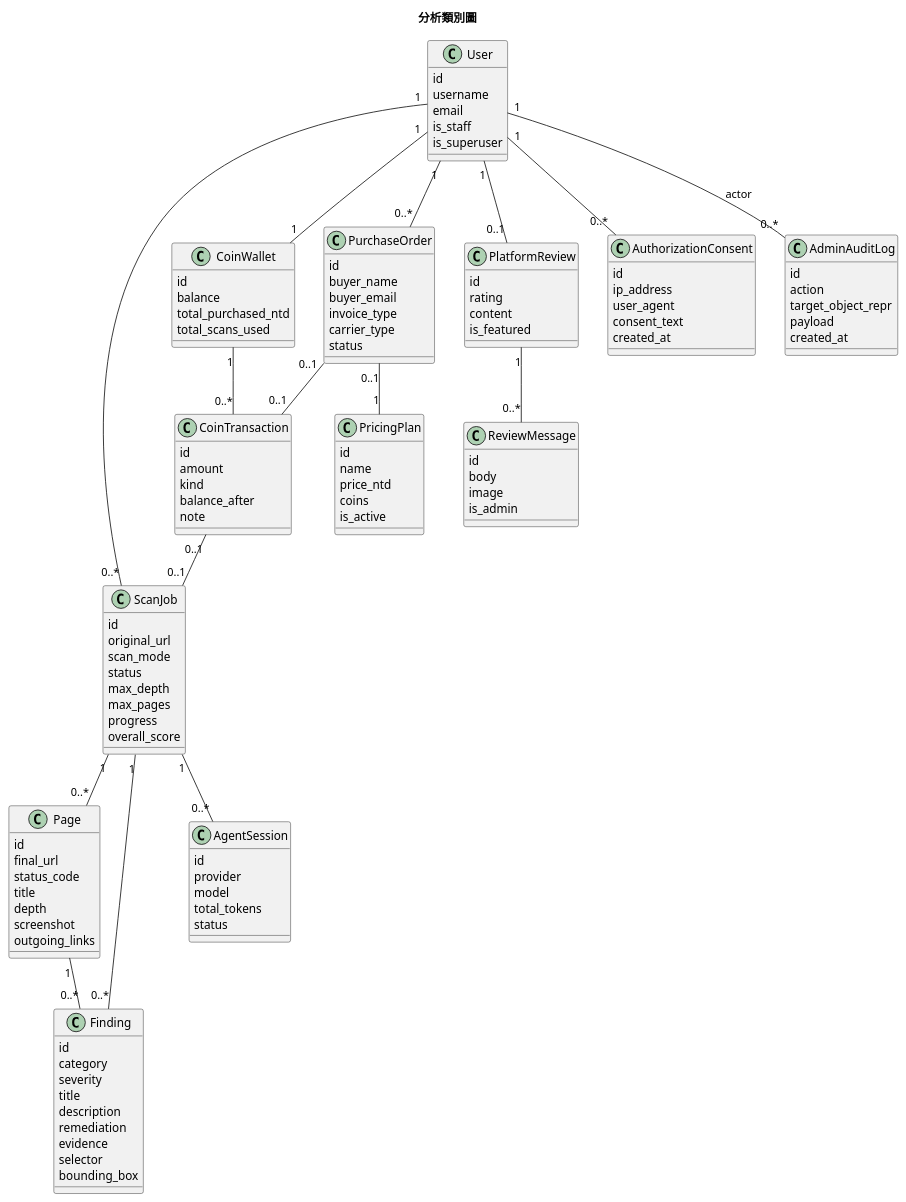
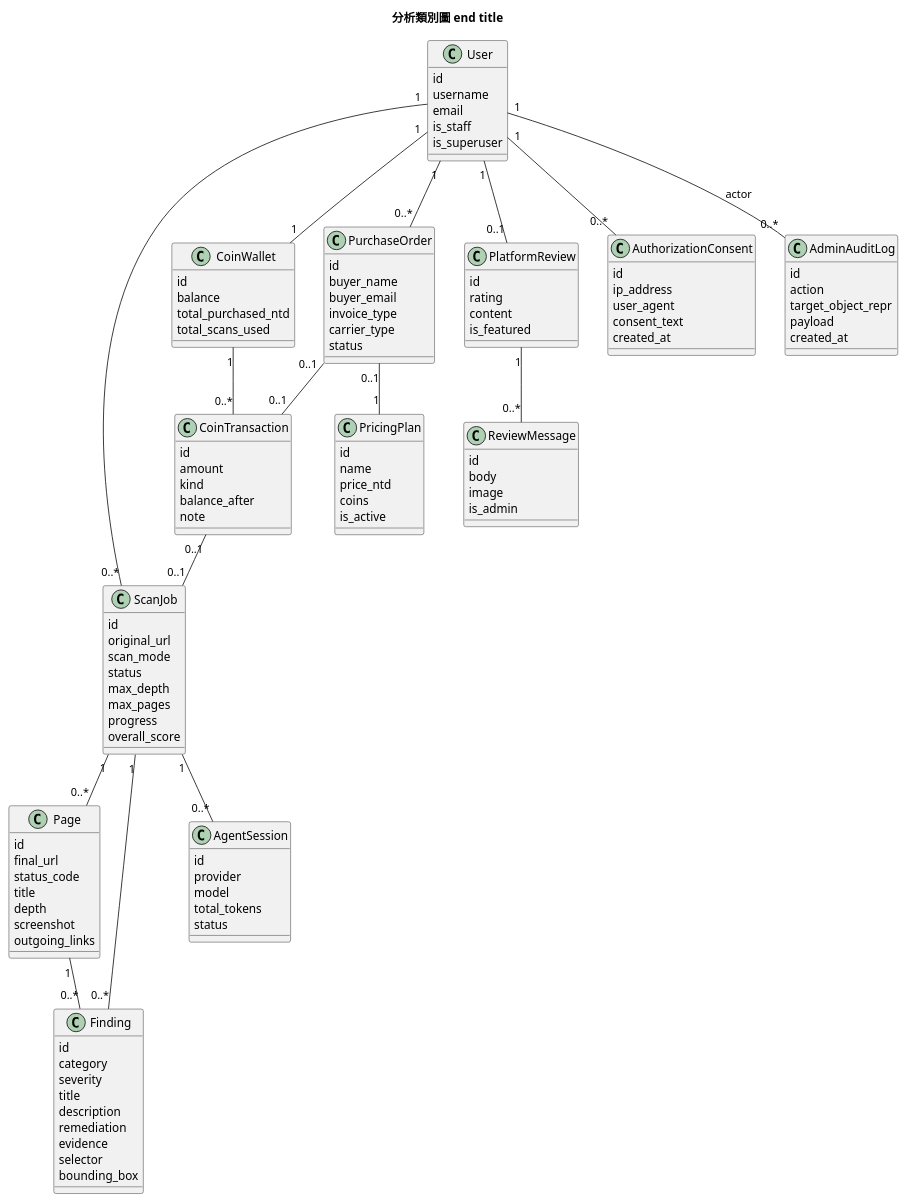
Before and after one commit to Djude1/Argus: the sixth of 13 diagrams in PlantUML.md, drawn with PlantUML. The commit also changed other lines of this file, not shown here.

````diff
--- a/PlantUML.md
+++ b/PlantUML.md
@@ -364,6 +364,6 @@
 ```plantuml
 @startuml
-title 分析類別圖
+title 分析類別圖 end title
 skinparam defaultFontName Microsoft JhengHei
 skinparam shadowing false
 skinparam classAttributeIconSize 0
````
